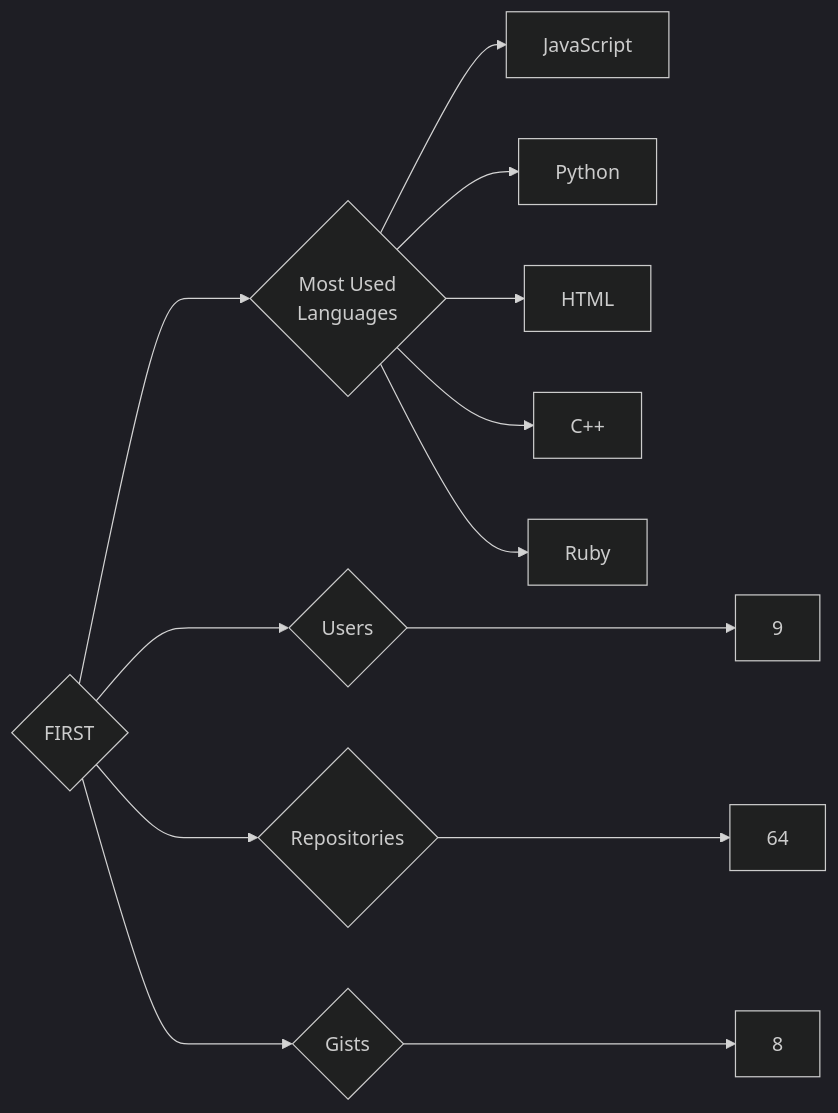
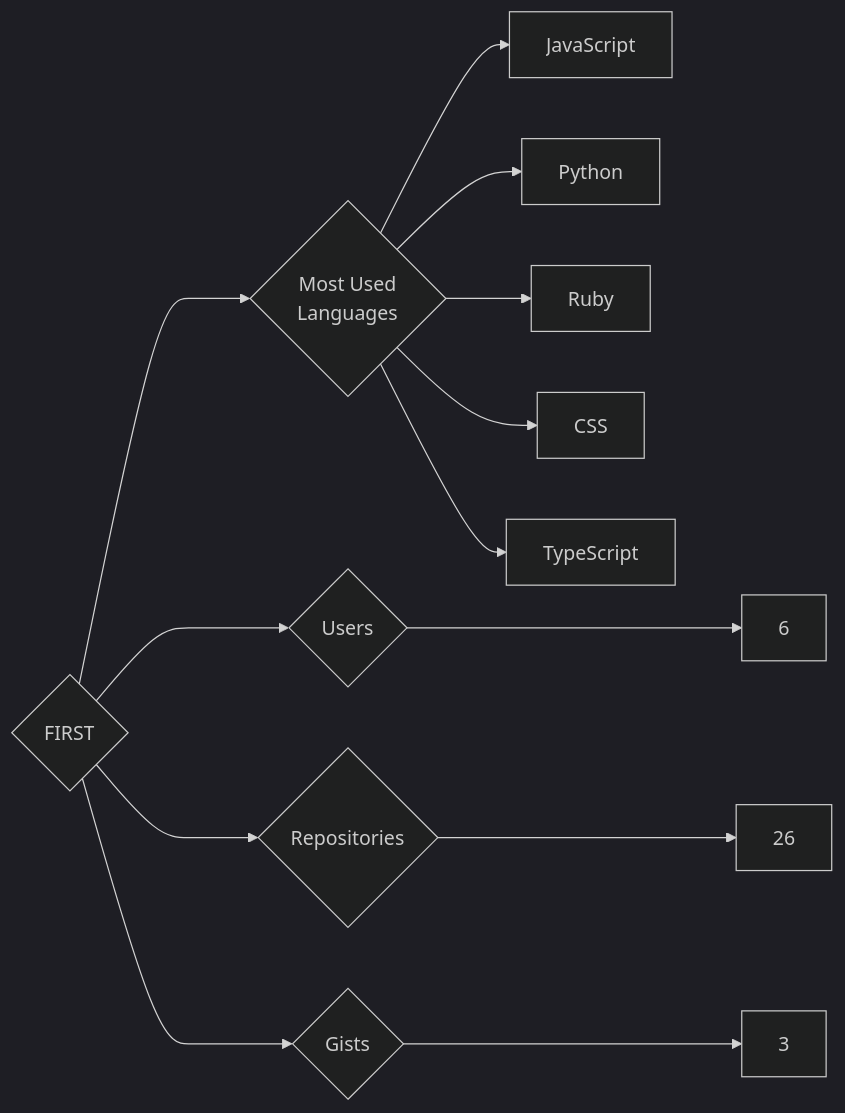
Before and after one commit to trickest/insiders: the diagram in targets/FIRST/README.md, drawn with Mermaid (dark theme). The commit also changed 783 other files, not shown here.

````diff
--- a/targets/FIRST/README.md
+++ b/targets/FIRST/README.md
@@ -3,13 +3,13 @@
 ```mermaid
 graph LR
 COMPANY_NAME{FIRST}
-COMPANY_NAME ---> U{Users} ---> UN[9]
-COMPANY_NAME ---> R{Repositories} ---> RN[64]
-COMPANY_NAME ---> G{Gists} ---> GN[8]
+COMPANY_NAME ---> U{Users} ---> UN[6]
+COMPANY_NAME ---> R{Repositories} ---> RN[26]
+COMPANY_NAME ---> G{Gists} ---> GN[3]
 COMPANY_NAME ---> ML{Most Used<br>Languages}
 ML --> JavaScript[JavaScript]
 ML --> Python[Python]
-ML --> HTML[HTML]
-ML --> C++[C++]
 ML --> Ruby[Ruby]
+ML --> CSS[CSS]
+ML --> TypeScript[TypeScript]
 ```
````
